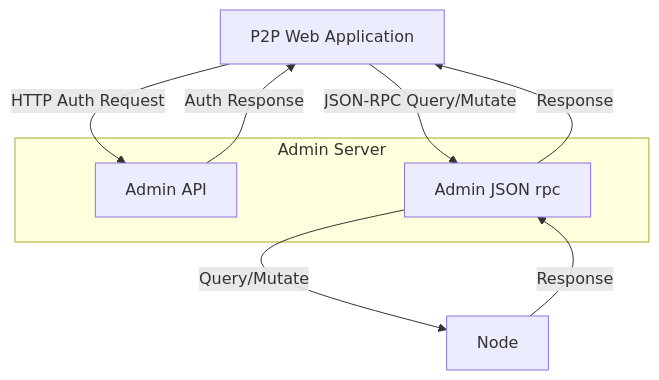
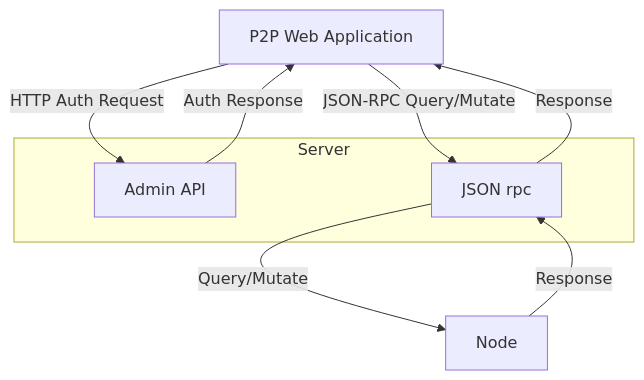
One commit to calimero-network/core changed the second of 3 diagrams in crates/server/README.md. Above: the diagram before and after it, drawn with Mermaid. The commit also changed other lines of this file, not shown here.

````diff
--- a/crates/server/README.md
+++ b/crates/server/README.md
@@ -96,14 +96,14 @@
 ```mermaid
 flowchart TD
     A[P2P Web Application] -->|HTTP Auth Request| B[Admin API]
     B -->|Auth Response| A
-    A -->|JSON-RPC Query/Mutate| C[Admin JSON rpc]
+    A -->|JSON-RPC Query/Mutate| C[JSON rpc]
     C -->|Query/Mutate| D[Node]
     D -->|Response| C
     C -->|Response| A
 
-    subgraph Admin Server
+    subgraph Server
         B
         C
     end
 ```
````
